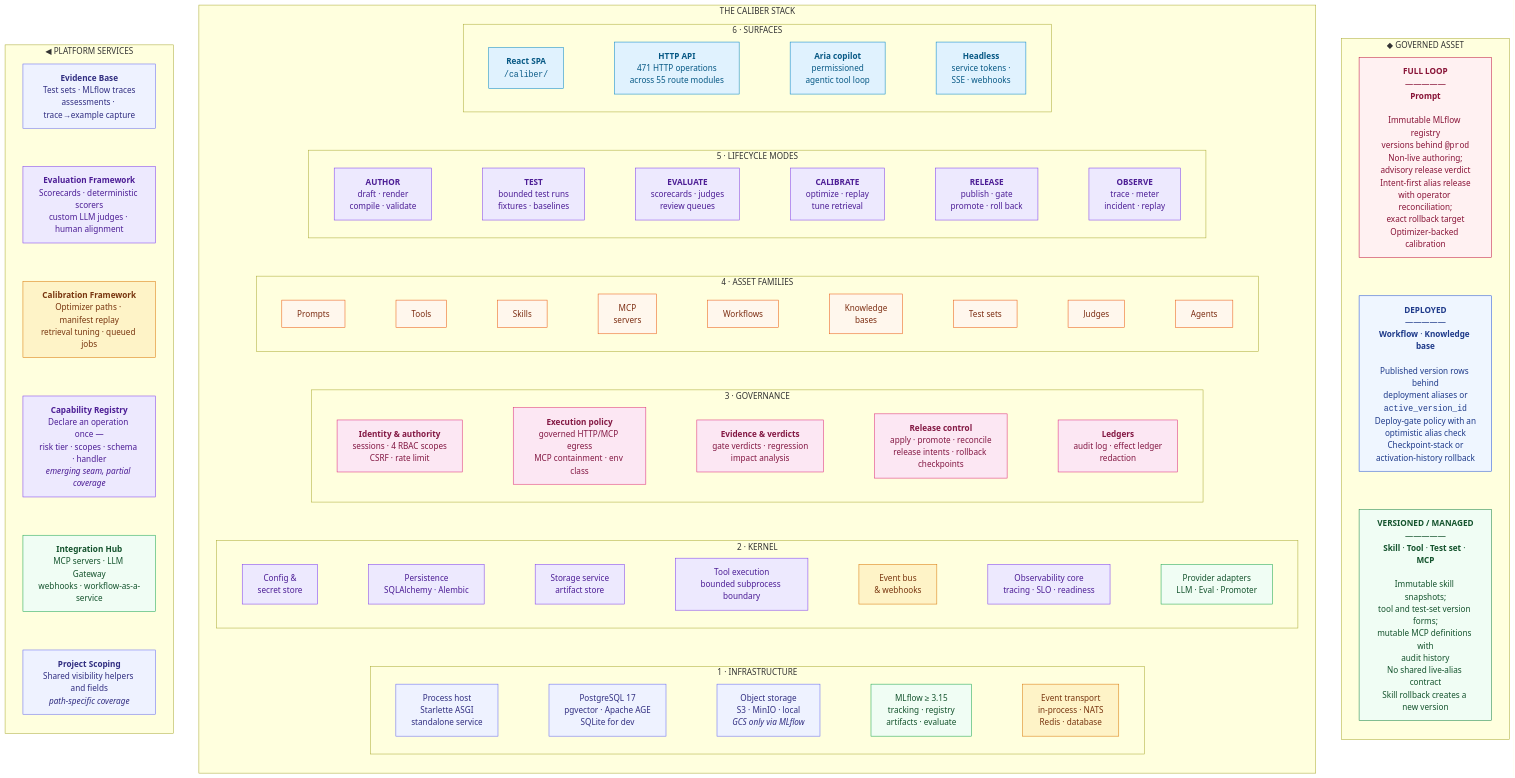
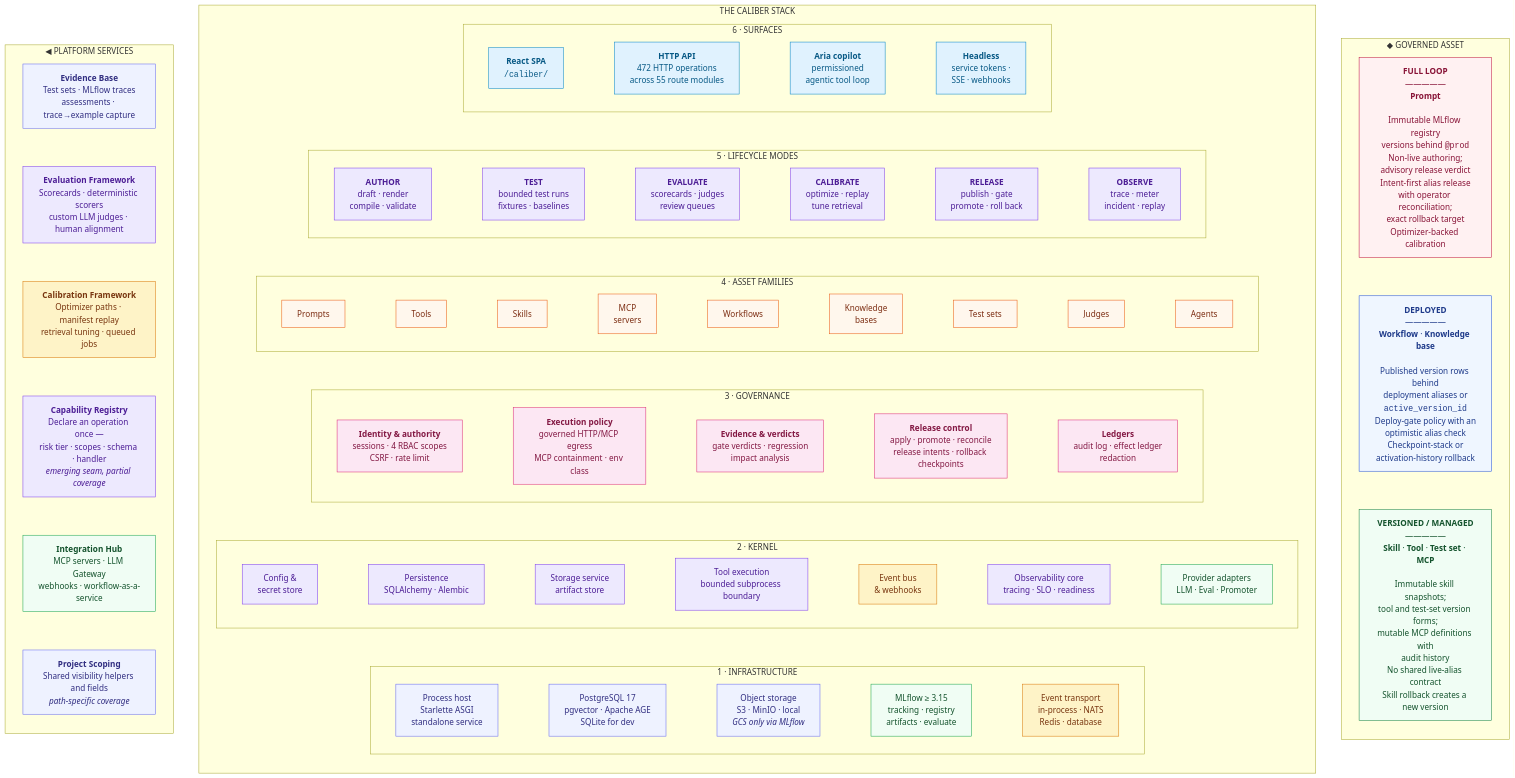
Before and after one commit to rrahimi-uci/caliber-suite: the first of 8 diagrams in ARCHITECTURE.md, drawn with Mermaid. The commit also changed 32 other files, not shown here.

```diff
--- a/ARCHITECTURE.md
+++ b/ARCHITECTURE.md
@@ -105,7 +105,7 @@
     subgraph L6["6 · SURFACES"]
       direction LR
       s1["<b>React SPA</b><br/><code>/caliber/</code>"]:::ui
-      s2["<b>HTTP API</b><br/>471 HTTP operations<br/>across 55 route modules"]:::ui
+      s2["<b>HTTP API</b><br/>472 HTTP operations<br/>across 55 route modules"]:::ui
       s3["<b>Aria copilot</b><br/>permissioned<br/>agentic tool loop"]:::ui
       s4["<b>Headless</b><br/>service tokens ·<br/>SSE · webhooks"]:::ui
       s1 --- s2 --- s3 --- s4
```
